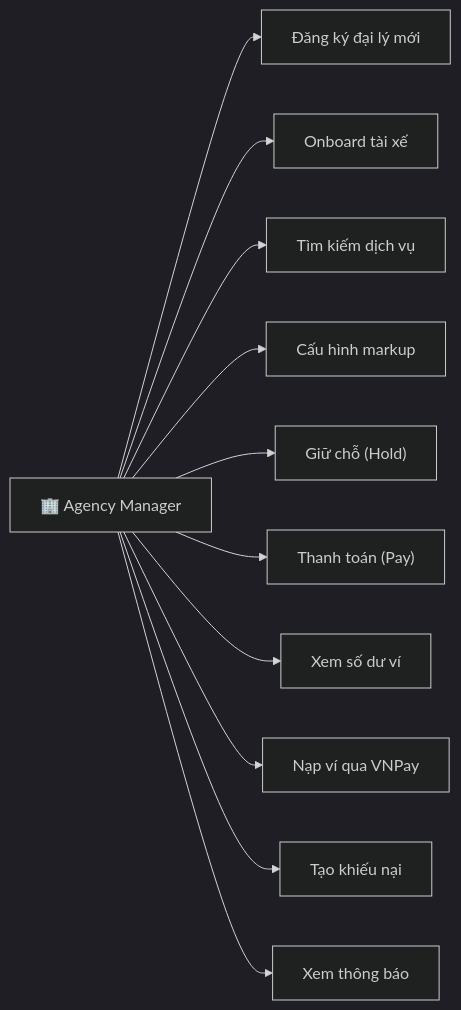
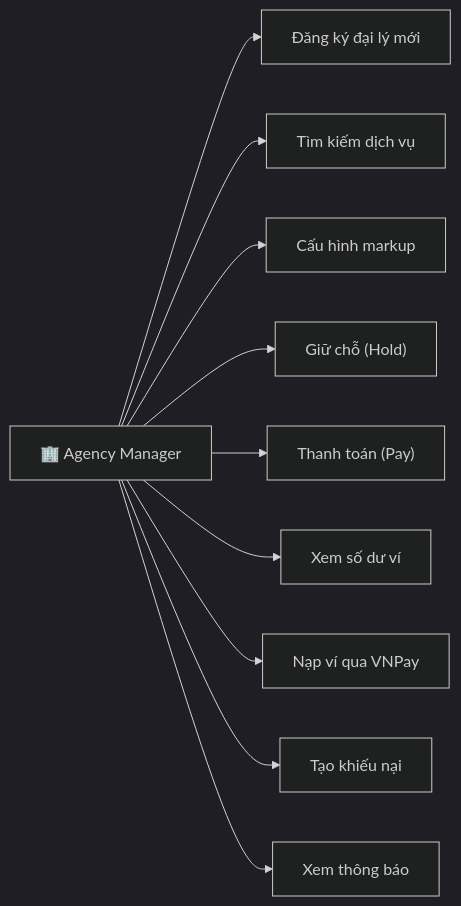
One commit to thanh-16/B2B_Tour changed the fourth of 24 diagrams in docs/actors.md. Above: the diagram before and after it, drawn with Mermaid (dark theme). The commit also changed other lines of this file and 1 other file, not shown here.

````diff
--- a/docs/actors.md
+++ b/docs/actors.md
@@ -129,15 +126,14 @@
 ```mermaid
 graph LR
     AM["🏢 Agency Manager"]
 
     AM --> UC_REG["Đăng ký đại lý mới"]
-    AM --> UC_DRV["Onboard tài xế"]
     AM --> UC_SEARCH["Tìm kiếm dịch vụ"]
     AM --> UC_MARKUP["Cấu hình markup"]
     AM --> UC_HOLD["Giữ chỗ (Hold)"]
     AM --> UC_PAY["Thanh toán (Pay)"]
     AM --> UC_BAL["Xem số dư ví"]
     AM --> UC_VNPAY["Nạp ví qua VNPay"]
     AM --> UC_CLAIM["Tạo khiếu nại"]
     AM --> UC_NOTI["Xem thông báo"]
 ```
````
